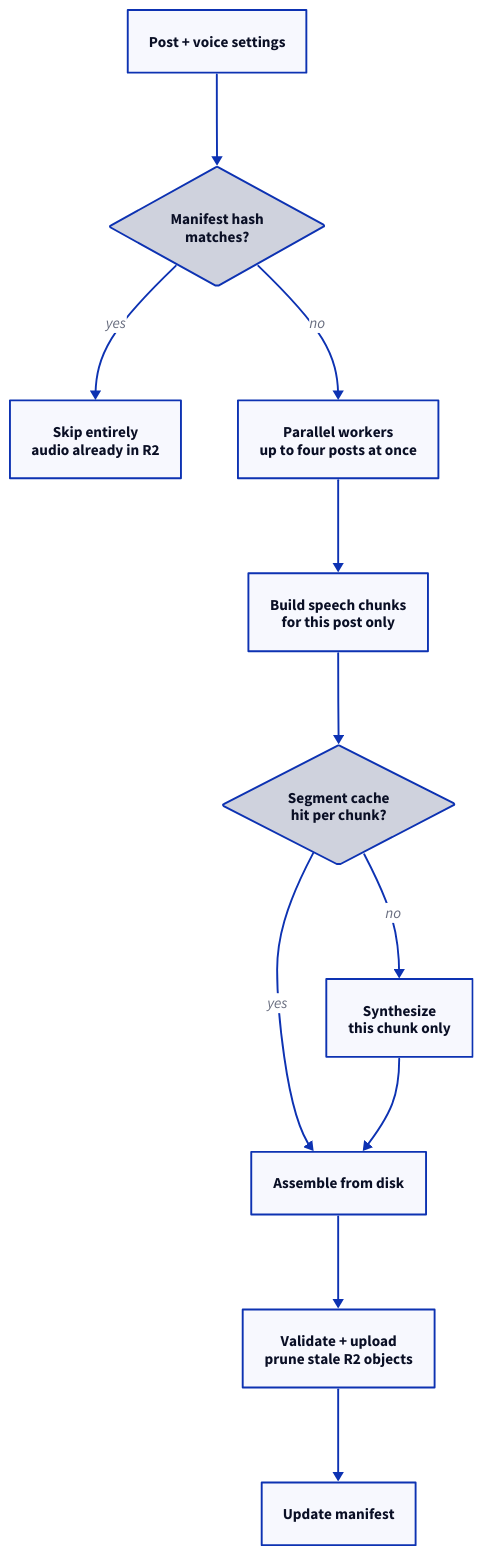
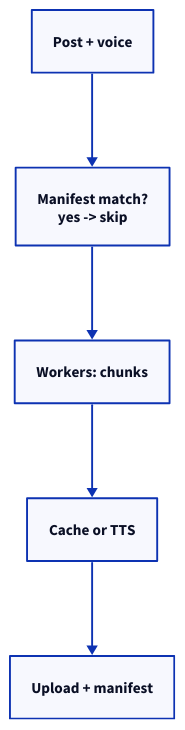
Before and after one commit to g-savitha/gsavitha.in: the seventh of 7 diagrams in src/content/blog/blog-audio-player.md, drawn with D2. The commit also changed other lines of this file and 11 other files, not shown here.

````diff
--- a/src/content/blog/blog-audio-player.md
+++ b/src/content/blog/blog-audio-player.md
@@ -408,21 +357,9 @@
 ```d2
 direction: down
-POST: "Post + voice settings" {class: content}
-M: "Manifest hash\nmatches?" {shape: diamond; class: decision}
-SKIP: "Skip entirely\naudio already in R2" {class: emerald}
-WORKERS: "Parallel workers\nup to four posts at once" {class: violet}
-CHUNKS: "Build speech chunks\nfor this post only" {class: royal}
-CACHE: "Segment cache\nhit per chunk?" {shape: diamond; class: decision}
-ASSEMBLE: "Assemble from disk" {class: teal}
-TTS: "Synthesize\nthis chunk only" {class: violet}
-UPLOAD: "Validate + upload\nprune stale R2 objects" {class: royal}
-MANIFEST: "Update manifest" {class: emerald}
-POST -> M
-M -> SKIP: yes
-M -> WORKERS: no
-WORKERS -> CHUNKS -> CACHE
-CACHE -> ASSEMBLE: yes
-CACHE -> TTS: no
-TTS -> ASSEMBLE
-ASSEMBLE -> UPLOAD -> MANIFEST
+POST: "Post + voice" {class: content}
+M: "Manifest match?\nyes -> skip" {class: decision}
+WORK: "Workers: chunks" {class: violet}
+CACHE: "Cache or TTS" {class: royal}
+UP: "Upload + manifest" {class: emerald}
+POST -> M -> WORK -> CACHE -> UP
 ```
````
